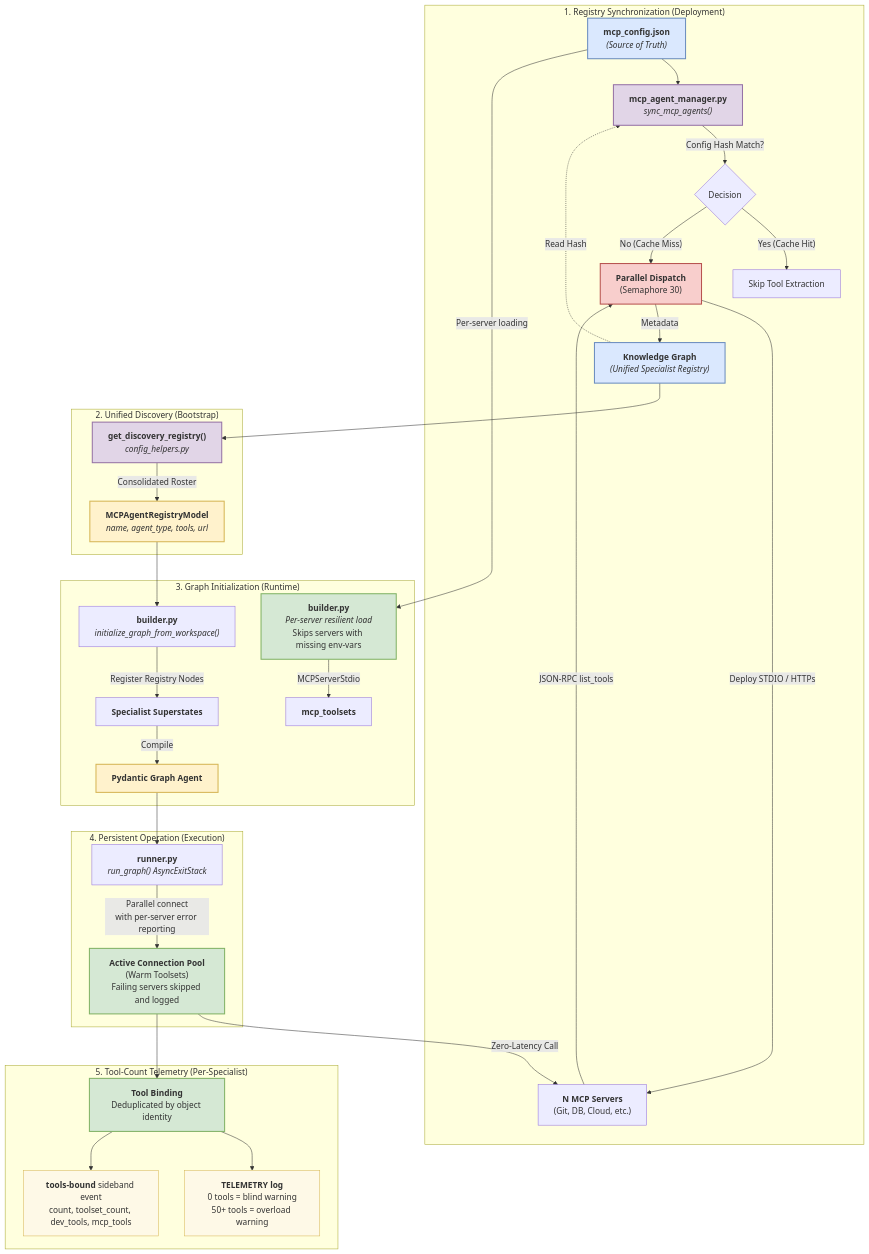
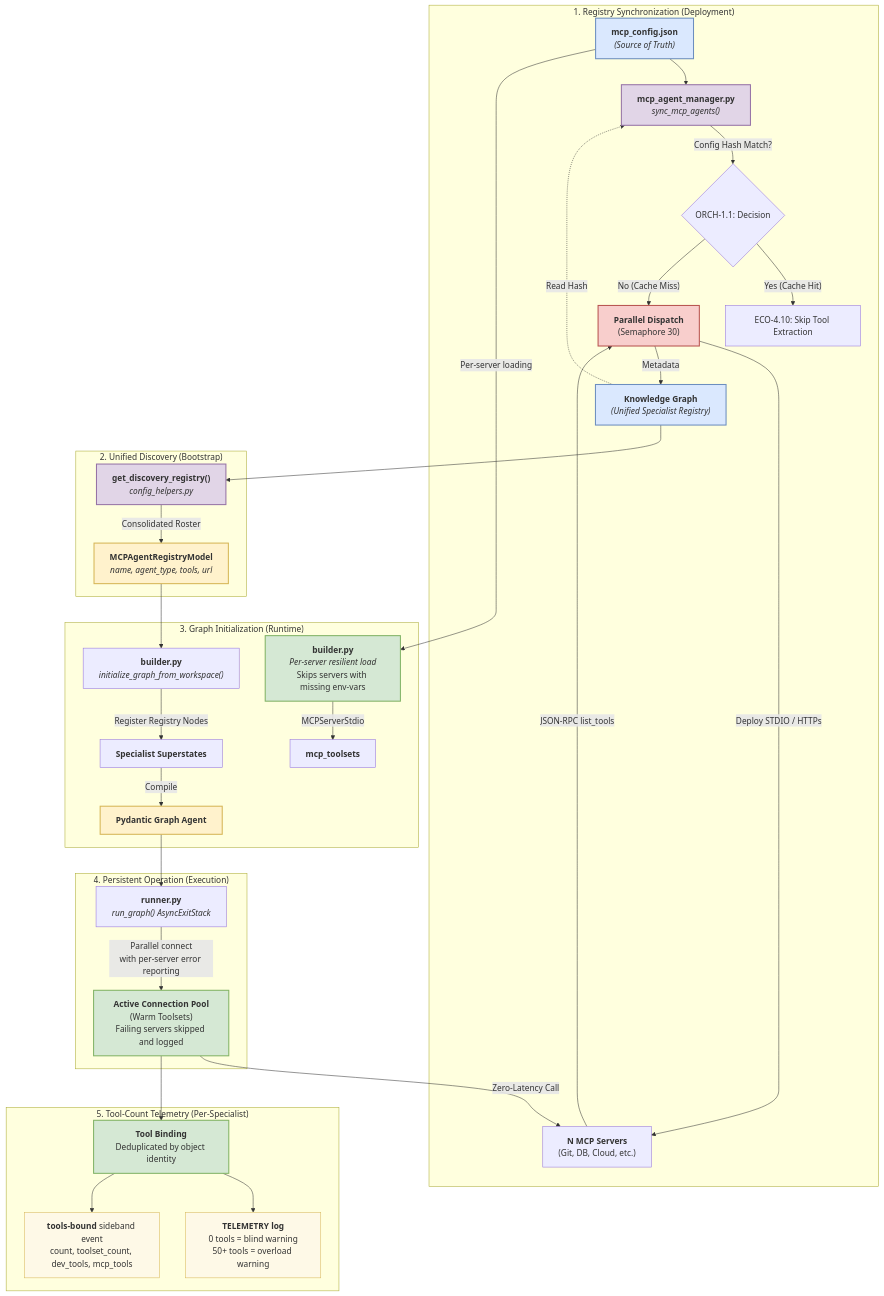
One commit to Knuckles-Team/agent-utilities changed the diagram in docs/guides/agents.md. Above: the diagram before and after it, drawn with Mermaid. The commit also changed 325 other files, not shown here.

````diff
--- a/docs/guides/agents.md
+++ b/docs/guides/agents.md
@@ -35,53 +35,53 @@
 ```mermaid
 graph TD
     subgraph Registry_Phase ["1. Registry Synchronization (Deployment)"]
         Config["<b>mcp_config.json</b><br/><i>(Source of Truth)</i>"] --> Manager["<b>mcp_agent_manager.py</b><br/><i>sync_mcp_agents()</i>"]
         KG_Registry["<b>Knowledge Graph</b><br/><i>(Unified Specialist Registry)</i>"] -.->|Read Hash| Manager
 
-        Manager -->|Config Hash Match?| Branch{Decision}
-        Branch -- "Yes (Cache Hit)" --> Skip["Skip Tool Extraction"]
+        Manager -->|Config Hash Match?| Branch{ORCH-1.1: Decision}
+        Branch -- "Yes (Cache Hit)" --> Skip["ECO-4.10: Skip Tool Extraction"]
         Branch -- "No (Cache Miss)" --> Parallel["<b>Parallel Dispatch</b><br/>(Semaphore 30)"]
 
         Parallel -->|Deploy STDIO / HTTPs| Servers["<b>N MCP Servers</b><br/>(Git, DB, Cloud, etc.)"]
         Servers -->|JSON-RPC list_tools| Parallel
         Parallel -->|Metadata| KG_Registry
     end
 
     subgraph Unified_Discovery ["2. Unified Discovery (Bootstrap)"]
         KG_Registry --> UAL["<b>get_discovery_registry()</b><br/><i>config_helpers.py</i>"]
         UAL -->|Consolidated Roster| Roster["<b>MCPAgentRegistryModel</b><br/><i>name, agent_type, tools, url</i>"]
     end
 
     subgraph Initialization_Phase ["3. Graph Initialization (Runtime)"]
         Config -->|Per-server loading| Loader["<b>builder.py</b><br/><i>Per-server resilient load</i><br/>Skips servers with missing env-vars"]
         Roster --> Builder["<b>builder.py</b><br/><i>initialize_graph_from_workspace()</i>"]
         Loader -->|MCPServerStdio| ToolPool["<b>mcp_toolsets</b>"]
         Builder -->|Register Registry Nodes| Specialists["<b>Specialist Superstates</b>"]
         Specialists -->|Compile| GraphAgent["<b>Pydantic Graph Agent</b>"]
     end
 
     subgraph Operation_Phase ["4. Persistent Operation (Execution)"]
         GraphAgent --> Lifespan["<b>runner.py</b><br/><i>run_graph() AsyncExitStack</i>"]
         Lifespan -->|"Parallel connect<br/>with per-server error reporting"| ConnPool["<b>Active Connection Pool</b><br/>(Warm Toolsets)<br/>Failing servers skipped and logged"]
         ConnPool -->|Zero-Latency Call| Servers
     end
 
     subgraph Telemetry_Phase ["5. Tool-Count Telemetry (Per-Specialist)"]
         ConnPool --> Bind["<b>Tool Binding</b><br/>Deduplicated by object identity"]
         Bind --> TelLog["<b>TELEMETRY log</b><br/>0 tools = blind warning<br/>50+ tools = overload warning"]
         Bind --> TelEvent["<b>tools-bound</b> sideband event<br/>count, toolset_count, dev_tools, mcp_tools"]
     end
 
     style Config fill:#dae8fe,stroke:#6c8ebf,stroke-width:2px
     style KG_Registry fill:#dae8fe,stroke:#6c8ebf,stroke-width:2px
     style Manager fill:#e1d5e7,stroke:#9673a6,stroke-width:2px
     style Parallel fill:#f8cecc,stroke:#b85450,stroke-width:2px
     style ConnPool fill:#d5e8d4,stroke:#82b366,stroke-width:2px
     style GraphAgent fill:#fff2cc,stroke:#d6b656,stroke-width:2px
     style Loader fill:#d5e8d4,stroke:#82b366,stroke-width:2px
     style UAL fill:#e1d5e7,stroke:#9673a6,stroke-width:2px
     style Roster fill:#fff2cc,stroke:#d6b656,stroke-width:2px
     style Bind fill:#d5e8d4,stroke:#82b366,stroke-width:2px
     style TelLog fill:#fef9e7,stroke:#d6b656,stroke-width:1px
     style TelEvent fill:#fef9e7,stroke:#d6b656,stroke-width:1px
 ```
````
